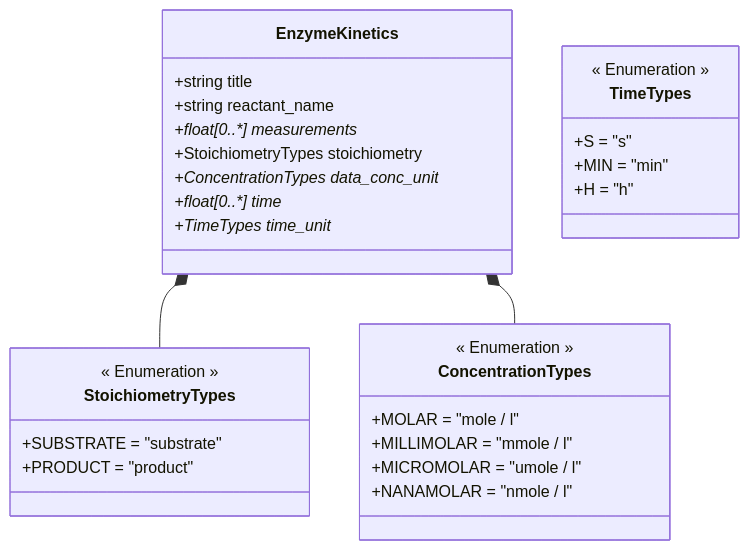
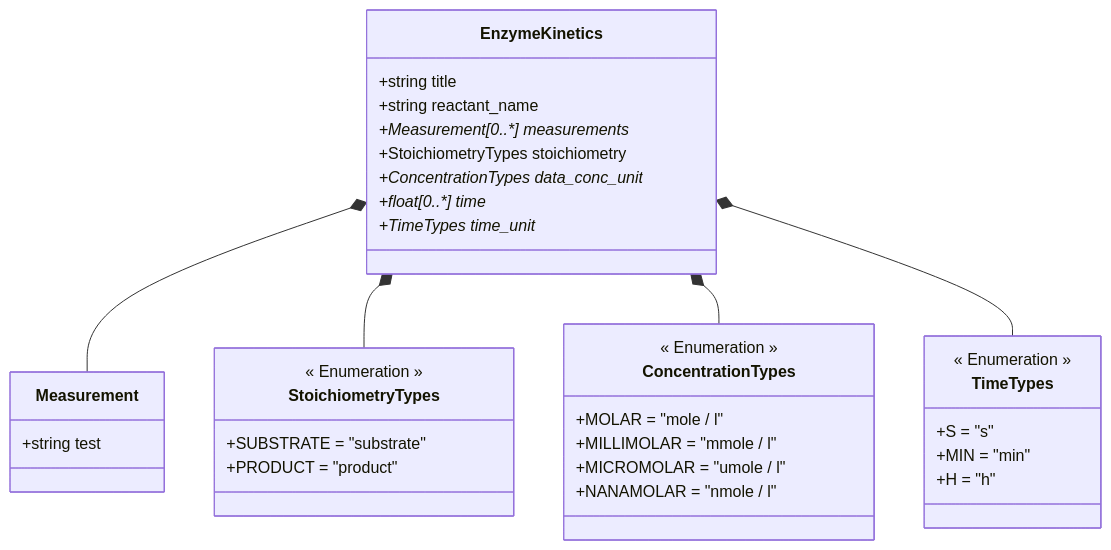
One commit to FAIRChemistry/EnzymePynetics changed the diagram in EnzymeKinetics/schemes/EnzymeKineticsDatamodel.md. Above: the diagram before and after it, drawn with Mermaid. The commit also changed 4 other files, not shown here.

````diff
--- a/EnzymeKinetics/schemes/EnzymeKineticsDatamodel.md
+++ b/EnzymeKinetics/schemes/EnzymeKineticsDatamodel.md
@@ -1,37 +1,43 @@
 ```mermaid
 classDiagram
+    EnzymeKinetics *-- Measurement
     EnzymeKinetics *-- StoichiometryTypes
     EnzymeKinetics *-- ConcentrationTypes
+    EnzymeKinetics *-- TimeTypes
     
     class EnzymeKinetics {
         +string title
         +string reactant_name
-        +float[0..*] measurements*
+        +Measurement[0..*] measurements*
         +StoichiometryTypes stoichiometry
         +ConcentrationTypes data_conc_unit*
         +float[0..*] time*
         +TimeTypes time_unit*
+    }
+    
+    class Measurement {
+        +string test
     }
     
     class StoichiometryTypes {
         << Enumeration >>
         +SUBSTRATE = "substrate"
         +PRODUCT = "product"
     }
     
     class ConcentrationTypes {
         << Enumeration >>
         +MOLAR = "mole / l"
         +MILLIMOLAR = "mmole / l"
         +MICROMOLAR = "umole / l"
         +NANAMOLAR = "nmole / l"
     }
     
     class TimeTypes {
         << Enumeration >>
         +S = "s"
         +MIN = "min"
         +H = "h"
     }
     
 ```
````
